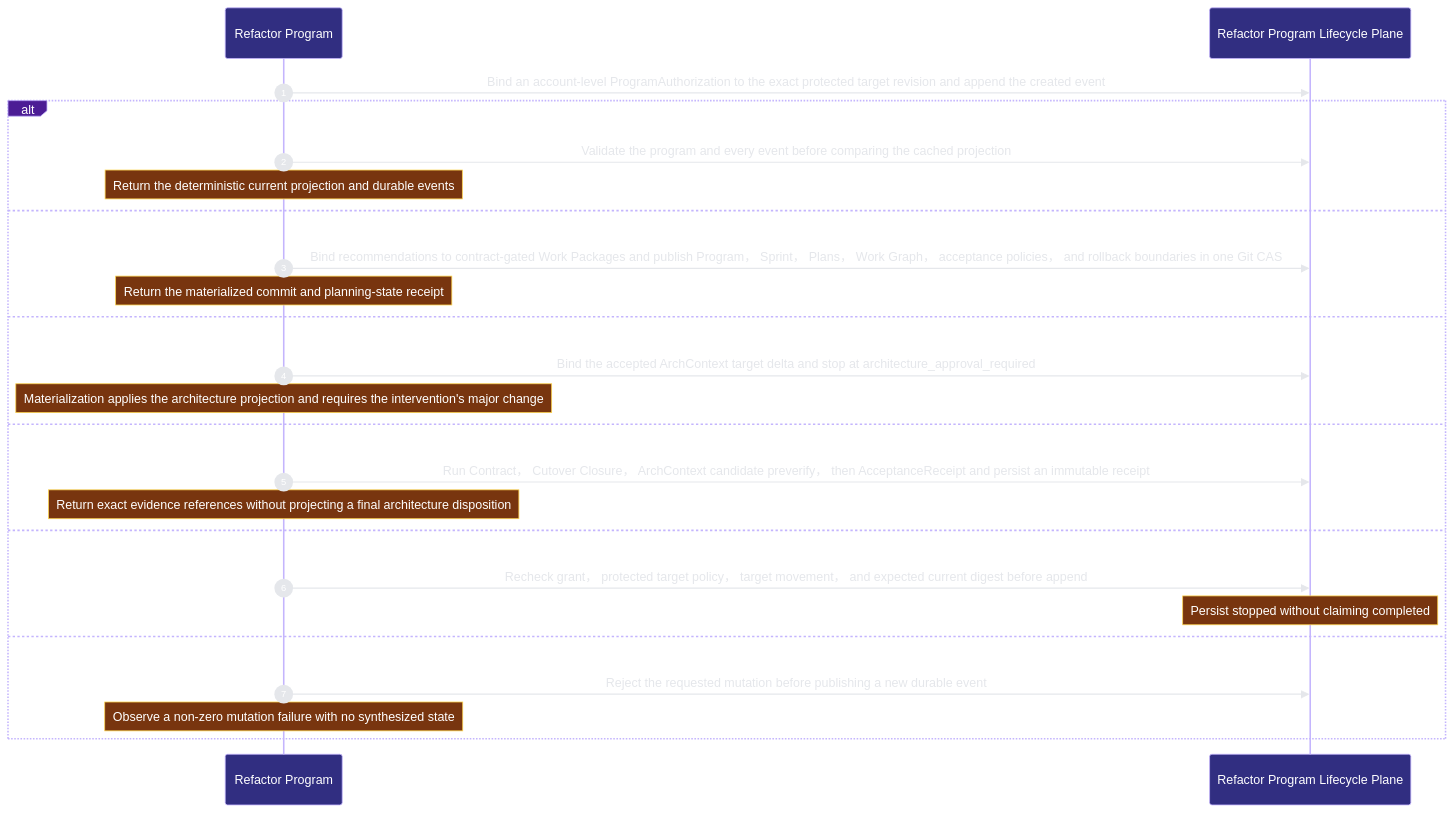
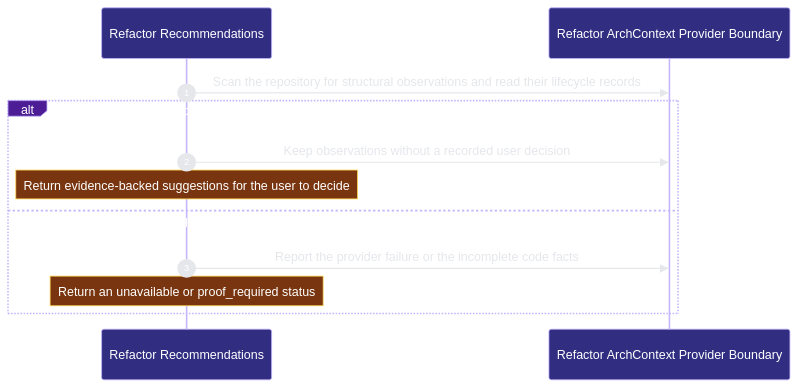
Before and after one commit to Ancienttwo/repo-harness: the third of 3 diagrams in docs/architecture/modules/runtime-harness/refactor-program.md, drawn with Mermaid. The commit also changed other lines of this file and 75 other files, not shown here.

````diff
--- a/docs/architecture/modules/runtime-harness/refactor-program.md
+++ b/docs/architecture/modules/runtime-harness/refactor-program.md
@@ -85,27 +72,15 @@
 ```mermaid
 %%{init: {"theme":"base","themeVariables":{"background":"#0d1117","actorBkg":"#312e81","actorBorder":"#c4b5fd","actorTextColor":"#ffffff","signalColor":"#e5e7eb","signalTextColor":"#e5e7eb","labelBoxBkgColor":"#4c1d95","labelBoxBorderColor":"#c4b5fd","labelTextColor":"#ffffff","noteBkgColor":"#78350f","noteBorderColor":"#fcd34d","noteTextColor":"#ffffff","sequenceNumberColor":"#ffffff"}}}%%
 sequenceDiagram
   autonumber
-  participant p2_operator_97b83da8 as Refactor Program
-  participant p2_program_store_c54d7d72 as Refactor Program Lifecycle Plane
-  p2_operator_97b83da8->>p2_program_store_c54d7d72: Bind an account-level ProgramAuthorization to the exact protected target revision and append the created event
-  alt Rebuild current state from the immutable event chain
-  p2_operator_97b83da8->>p2_program_store_c54d7d72: Validate the program and every event before comparing the cached projection
-    Note over p2_operator_97b83da8: Return the deterministic current projection and durable events
-  else Publish one exact Refactor Program execution graph atomically
-  p2_operator_97b83da8->>p2_program_store_c54d7d72: Bind recommendations to contract-gated Work Packages and publish Program， Sprint， Plans， Work Graph， acceptance policies， and rollback boundaries in one Git CAS
-    Note over p2_operator_97b83da8: Return the materialized commit and planning-state receipt
-  else Route architecture-scale work through the existing human projection acceptance authority
-  p2_operator_97b83da8->>p2_program_store_c54d7d72: Bind the accepted ArchContext target delta and stop at architecture_approval_required
-    Note over p2_operator_97b83da8: Materialization applies the architecture projection and requires the intervention's major change
-  else Verify an exact candidate through all four gates in fixed order
-  p2_operator_97b83da8->>p2_program_store_c54d7d72: Run Contract， Cutover Closure， ArchContext candidate preverify， then AcceptanceReceipt and persist an immutable receipt
-    Note over p2_operator_97b83da8: Return exact evidence references without projecting a final architecture disposition
-  else Append an explicit stopped terminal transition
-  p2_operator_97b83da8->>p2_program_store_c54d7d72: Recheck grant， protected target policy， target movement， and expected current digest before append
-    Note over p2_program_store_c54d7d72: Persist stopped without claiming completed
-  else Off mode， shadow-forbidden work， stale authority， moved target， or conflicting replay fails closed
-  p2_operator_97b83da8->>p2_program_store_c54d7d72: Reject the requested mutation before publishing a new durable event
-    Note over p2_operator_97b83da8: Observe a non-zero mutation failure with no synthesized state
+  participant p2_refactor_program_a8b792d5 as Refactor Recommendations
+  participant p2_archctx_provider_3b536550 as Refactor ArchContext Provider Boundary
+  p2_refactor_program_a8b792d5->>p2_archctx_provider_3b536550: Scan the repository for structural observations and read their lifecycle records
+  alt Open suggestions are shown with their metrics and module statistics
+  p2_refactor_program_a8b792d5->>p2_archctx_provider_3b536550: Keep observations without a recorded user decision
+    Note over p2_refactor_program_a8b792d5: Return evidence-backed suggestions for the user to decide
+  else A missing model， provider or complete code facts produces no suggestion
+  p2_refactor_program_a8b792d5->>p2_archctx_provider_3b536550: Report the provider failure or the incomplete code facts
+    Note over p2_refactor_program_a8b792d5: Return an unavailable or proof_required status
   end
 ```
````
